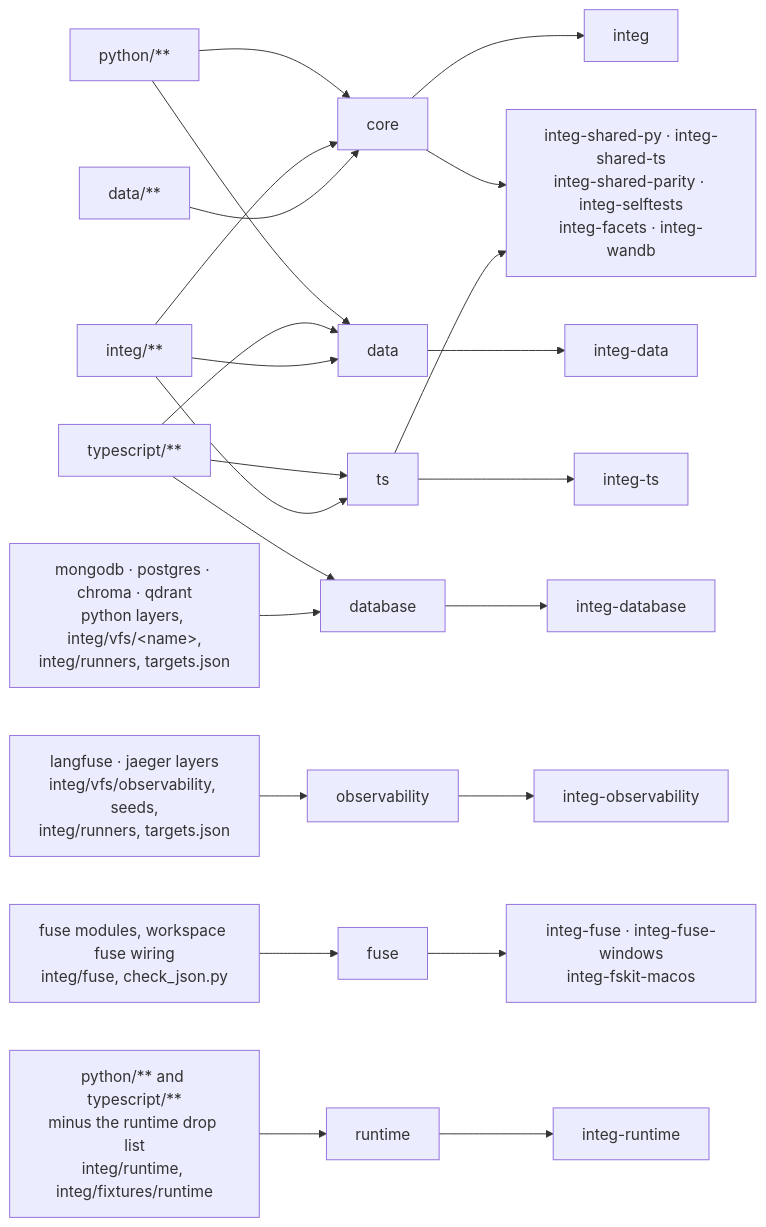
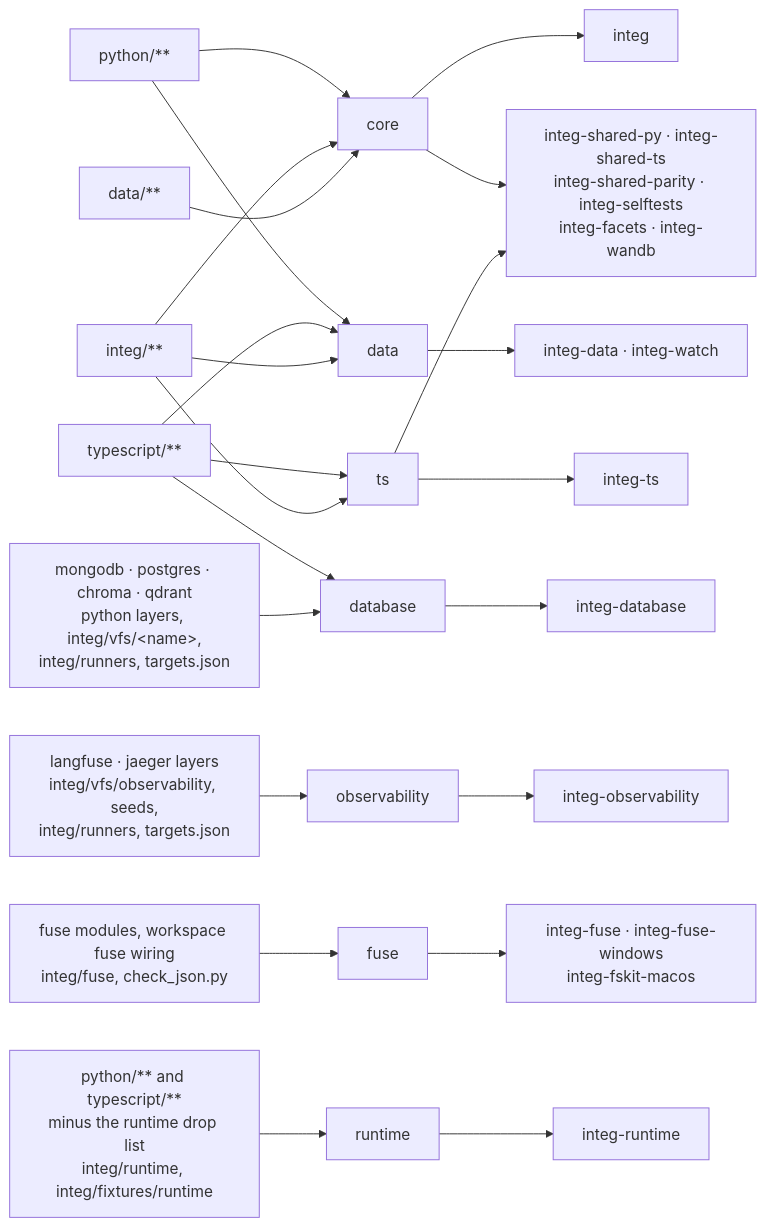
The diagram in integ/README.md (C1-BA-B1-F3/mirage), drawn with Mermaid before and after one commit. The commit also changed 4 other files, not shown here.

First line of the commit message:
integ: faster nextcloud, own job for the watch battery, shard only what runs

````diff
--- a/integ/README.md
+++ b/integ/README.md
@@ -83,19 +83,19 @@
 ```mermaid
 flowchart LR
     PY["python/**"] --> core & data
     TSX["typescript/**"] --> ts & data & database
     IN["integ/**"] --> core & ts & data
     D["data/**"] --> core
     DB["mongodb · postgres · chroma · qdrant<br/>python layers, integ/vfs/&lt;name&gt;,<br/>integ/runners, targets.json"] --> database
     OB["langfuse · jaeger layers<br/>integ/vfs/observability, seeds,<br/>integ/runners, targets.json"] --> observability
     FS["fuse modules, workspace fuse wiring<br/>integ/fuse, check_json.py"] --> fuse
     RT["python/** and typescript/**<br/>minus the runtime drop list<br/>integ/runtime, integ/fixtures/runtime"] --> runtime
     core --> J1["integ"]
     ts --> J2["integ-ts"]
     core & ts --> J3["integ-shared-py · integ-shared-ts<br/>integ-shared-parity · integ-selftests<br/>integ-facets · integ-wandb"]
-    data --> J4["integ-data"]
+    data --> J4["integ-data · integ-watch"]
     database --> J5["integ-database"]
     observability --> J6["integ-observability"]
     fuse --> J7["integ-fuse · integ-fuse-windows<br/>integ-fskit-macos"]
     runtime --> J8["integ-runtime"]
 ```
````
